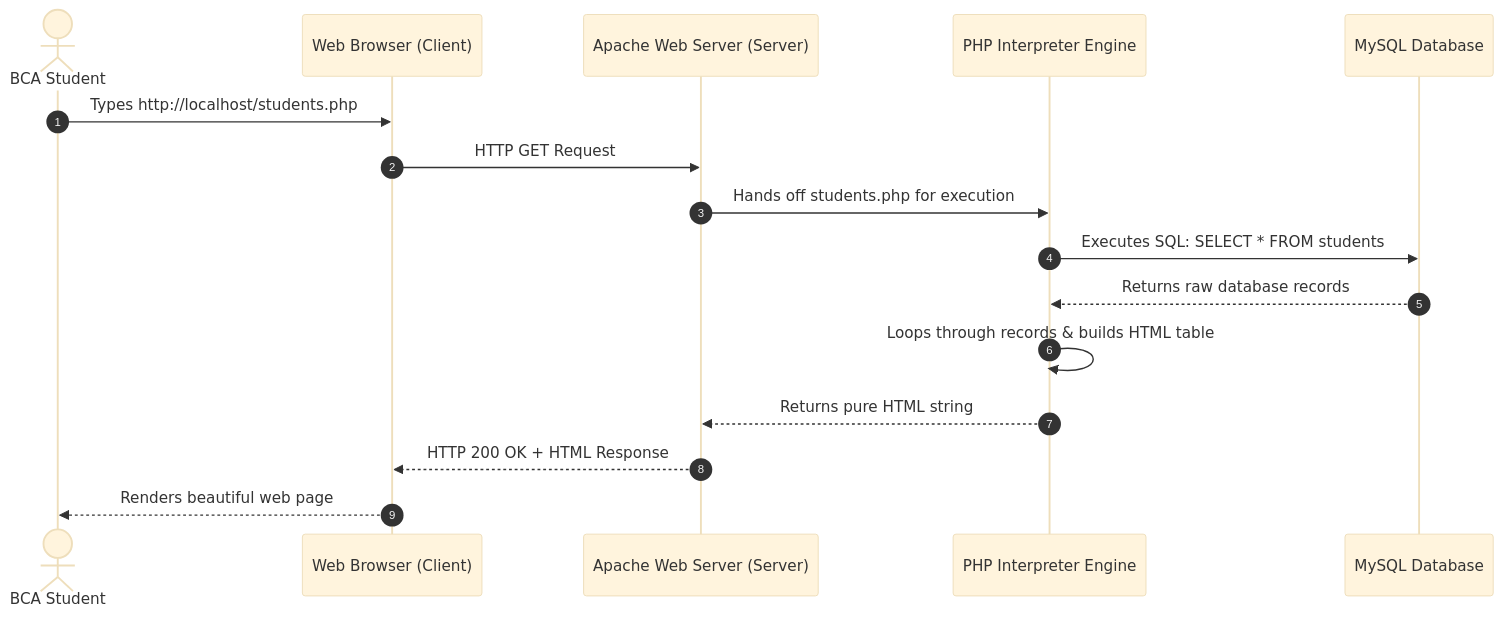
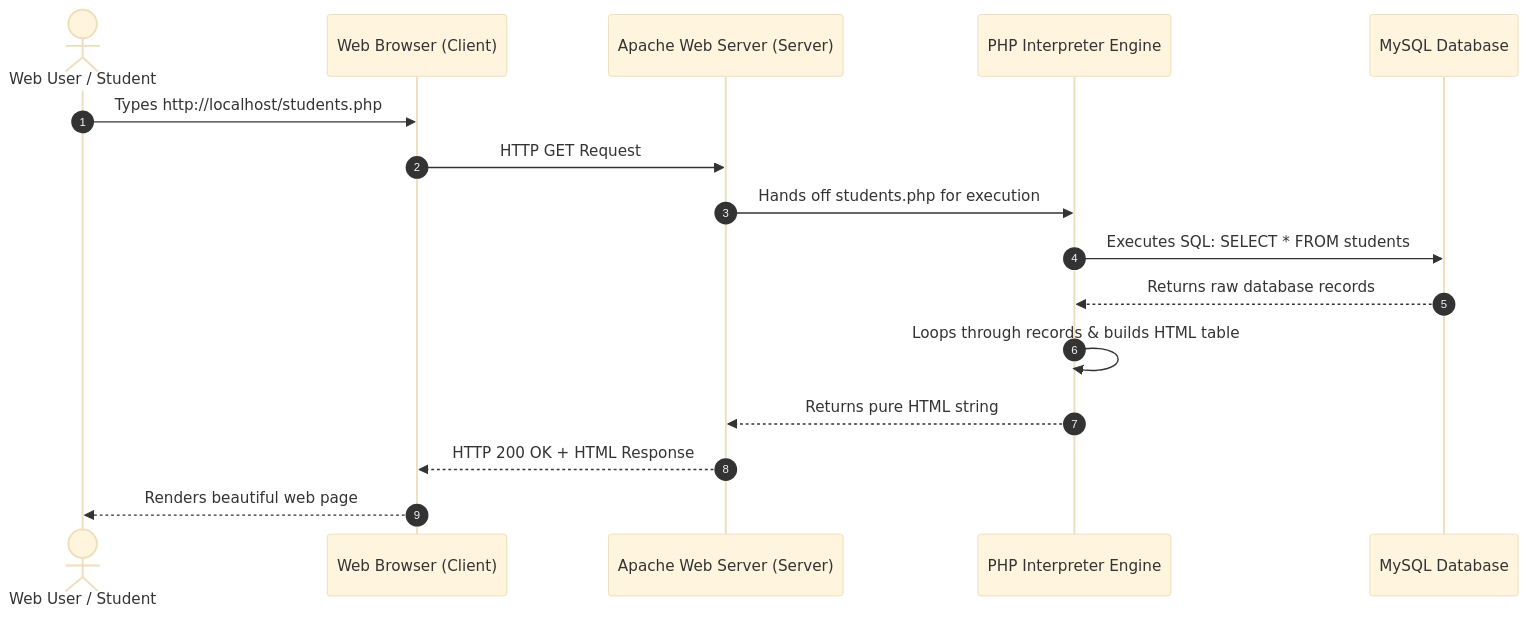
Before and after one commit to dr-rameshwer/php_2026: the second of 2 diagrams in 00_PROGRAMMING_AND_WEB_FOUNDATIONS.md, drawn with Mermaid (base theme). The commit also changed other lines of this file and 31 other files, not shown here.

````diff
--- a/00_PROGRAMMING_AND_WEB_FOUNDATIONS.md
+++ b/00_PROGRAMMING_AND_WEB_FOUNDATIONS.md
@@ -148,19 +148,19 @@
 ```mermaid
 sequenceDiagram
     autonumber
-    actor User as BCA Student
+    actor User as Web User / Student
     participant Browser as Web Browser (Client)
     participant Server as Apache Web Server (Server)
     participant Engine as PHP Interpreter Engine
     participant DB as MySQL Database
 
     User->>Browser: Types http://localhost/students.php
     Browser->>Server: HTTP GET Request
     Server->>Engine: Hands off students.php for execution
     Engine->>DB: Executes SQL: SELECT * FROM students
     DB-->>Engine: Returns raw database records
     Engine->>Engine: Loops through records & builds HTML table
     Engine-->>Server: Returns pure HTML string
     Server-->>Browser: HTTP 200 OK + HTML Response
     Browser-->>User: Renders beautiful web page
 ```
````
